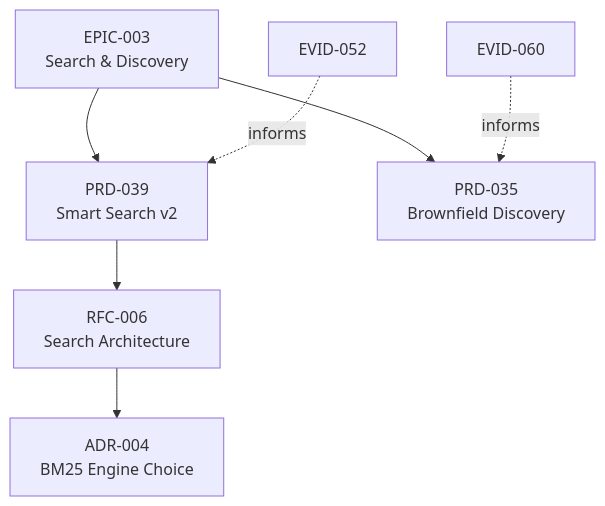
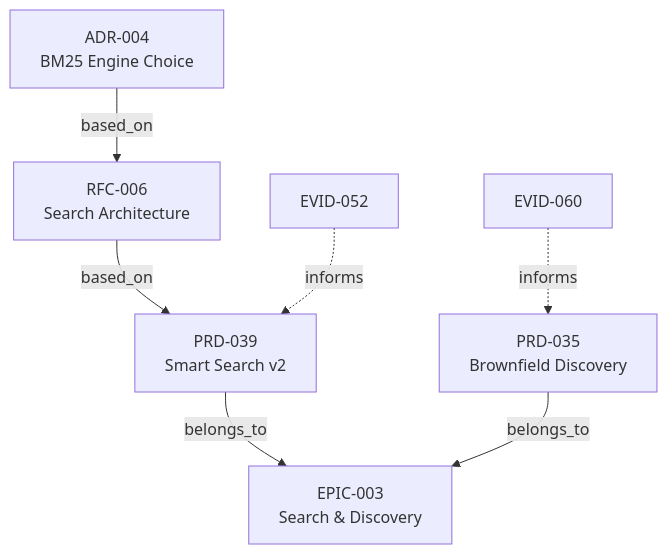
The diagram in website/src/content/docs/docs/cli/graph.md (ForgePlan/forgeplan), drawn with Mermaid before and after one commit. The commit also changed other lines of this file and 580 other files, not shown here.

````diff
--- a/website/src/content/docs/docs/cli/graph.md
+++ b/website/src/content/docs/docs/cli/graph.md
@@ -97,9 +100,9 @@
 ```mermaid
 graph TD
-  EPIC_003["EPIC-003\nSearch & Discovery"] --> PRD_039["PRD-039\nSmart Search v2"]
-  EPIC_003 --> PRD_035["PRD-035\nBrownfield Discovery"]
-  PRD_039 --> RFC_006["RFC-006\nSearch Architecture"]
-  RFC_006 --> ADR_004["ADR-004\nBM25 Engine Choice"]
+  PRD_039["PRD-039\nSmart Search v2"] -->|belongs_to| EPIC_003["EPIC-003\nSearch & Discovery"]
+  PRD_035["PRD-035\nBrownfield Discovery"] -->|belongs_to| EPIC_003
+  RFC_006["RFC-006\nSearch Architecture"] -->|based_on| PRD_039
+  ADR_004["ADR-004\nBM25 Engine Choice"] -->|based_on| RFC_006
   EVID_052["EVID-052"] -.informs.-> PRD_039
   EVID_060["EVID-060"] -.informs.-> PRD_035
 ```
````
